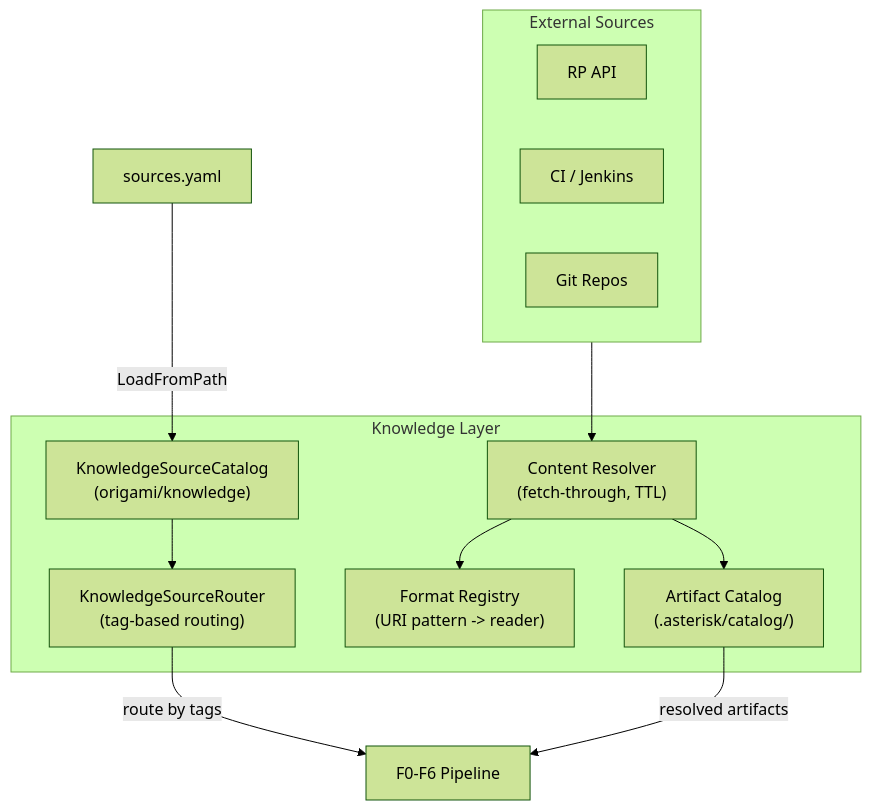
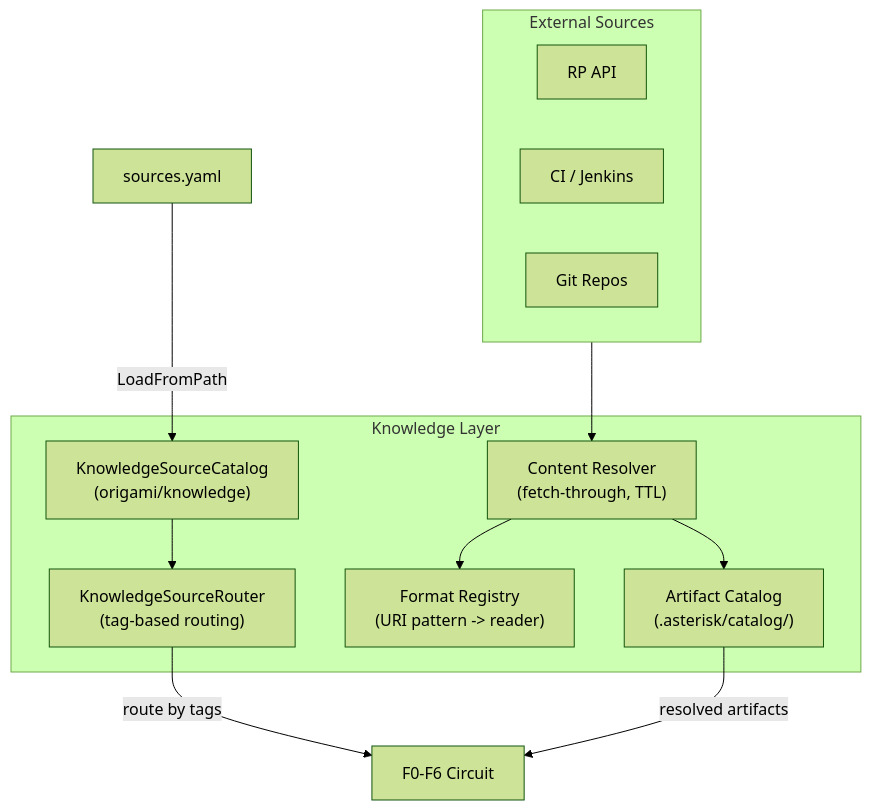
Before and after one commit to dpopsuev/asterisk: the second of 2 diagrams in .cursor/contracts/completed/absorbed/knowledge-source-migration.md, drawn with Mermaid (forest theme). The commit also changed other lines of this file and 184 other files, not shown here.

First line of the commit message:
refactor: pipeline→circuit rename + rca-pure-dsl Phase 3-4 advance

````diff
--- a/.cursor/contracts/completed/absorbed/knowledge-source-migration.md
+++ b/.cursor/contracts/completed/absorbed/knowledge-source-migration.md
@@ -38,24 +38,24 @@
 ```mermaid
 flowchart TD
     subgraph sources [External Sources]
         RP[RP API]
         CI[CI / Jenkins]
         Git[Git Repos]
     end
 
     subgraph knowledge [Knowledge Layer]
         Catalog["KnowledgeSourceCatalog\n(origami/knowledge)"]
         Router["KnowledgeSourceRouter\n(tag-based routing)"]
         ArtifactCatalog["Artifact Catalog\n(.asterisk/catalog/)"]
         Registry["Format Registry\n(URI pattern -> reader)"]
         Resolver["Content Resolver\n(fetch-through, TTL)"]
     end
 
     Config["sources.yaml"] -->|LoadFromPath| Catalog
     Catalog --> Router
     sources --> Resolver
     Resolver --> Registry
     Resolver --> ArtifactCatalog
-    ArtifactCatalog -->|"resolved artifacts"| Pipeline[F0-F6 Pipeline]
-    Router -->|"route by tags"| Pipeline
+    ArtifactCatalog -->|"resolved artifacts"| Circuit[F0-F6 Circuit]
+    Router -->|"route by tags"| Circuit
 ```
````
